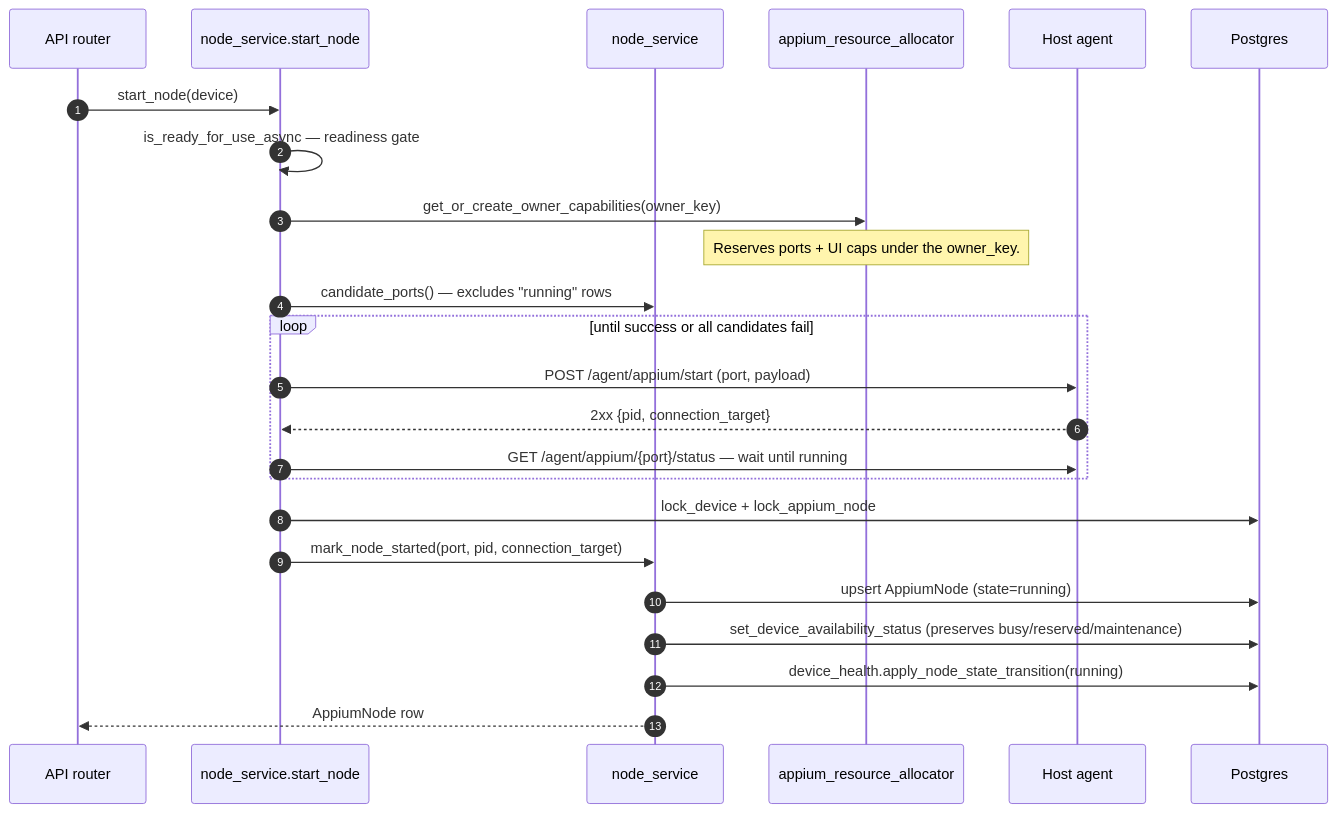
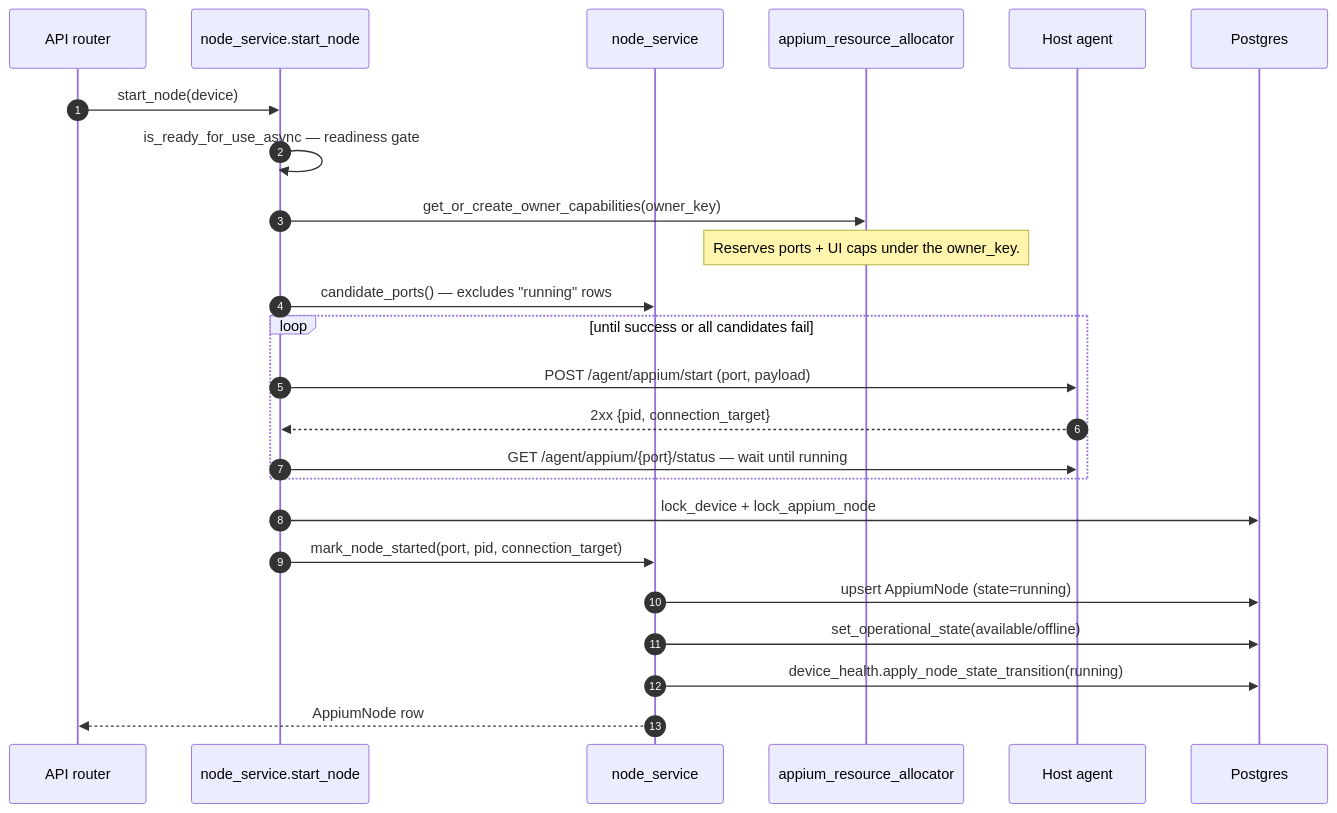
Before and after one commit to quidow/gridfleet: the second of 5 diagrams in docs/design/02-node-lifecycle.md, drawn with Mermaid. The commit also changed other lines of this file and 179 other files, not shown here.

First line of the commit message:
refactor(backend)!: split device availability_status into operational_state + hold (#87)

````diff
--- a/docs/design/02-node-lifecycle.md
+++ b/docs/design/02-node-lifecycle.md
@@ -57,27 +57,27 @@
 ```mermaid
 sequenceDiagram
     autonumber
     participant API as API router
     participant NM as node_service.start_node
     participant State as node_service
     participant Alloc as appium_resource_allocator
     participant Agent as Host agent
     participant Pg as Postgres
 
     API->>NM: start_node(device)
     NM->>NM: is_ready_for_use_async — readiness gate
     NM->>Alloc: get_or_create_owner_capabilities(owner_key)
     Note over Alloc: Reserves ports + UI caps under the owner_key.
     NM->>State: candidate_ports() — excludes "running" rows
     loop until success or all candidates fail
         NM->>Agent: POST /agent/appium/start (port, payload)
         Agent-->>NM: 2xx {pid, connection_target}
         NM->>Agent: GET /agent/appium/{port}/status — wait until running
     end
     NM->>Pg: lock_device + lock_appium_node
     NM->>State: mark_node_started(port, pid, connection_target)
     State->>Pg: upsert AppiumNode (state=running)
-    State->>Pg: set_device_availability_status (preserves busy/reserved/maintenance)
+    State->>Pg: set_operational_state(available/offline)
     State->>Pg: device_health.apply_node_state_transition(running)
     State-->>API: AppiumNode row
 ```
````
